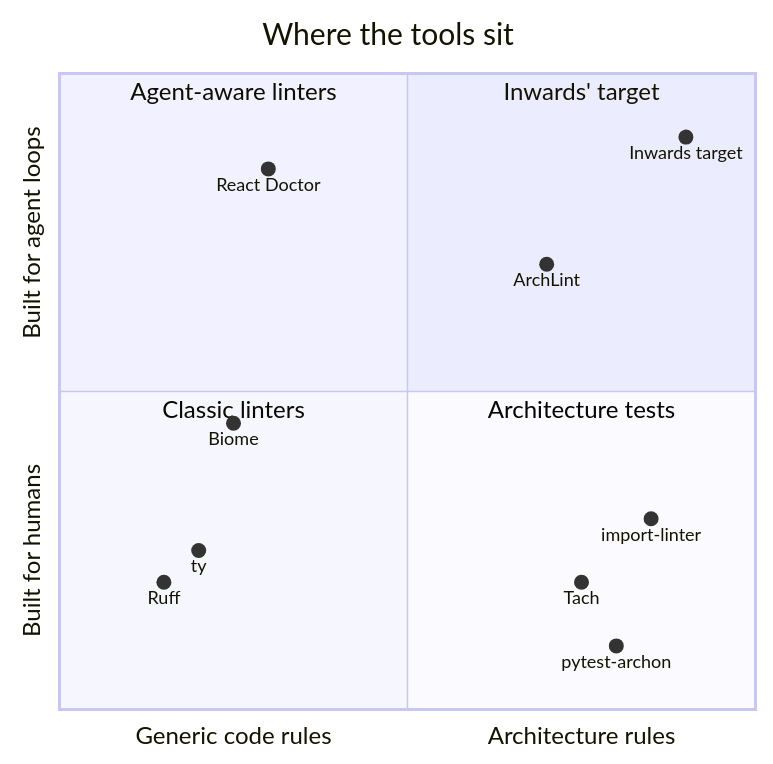
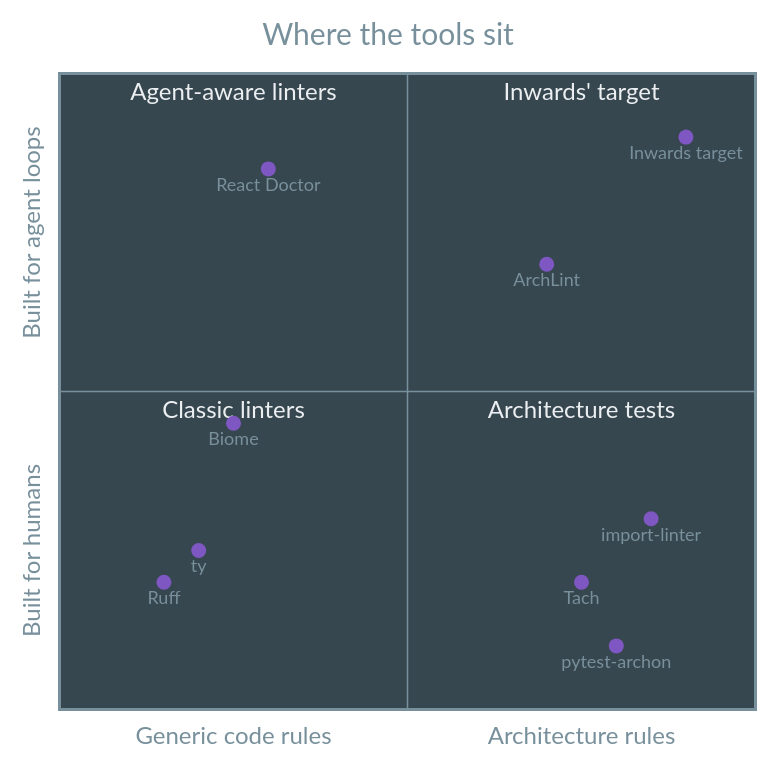
Before and after one commit to SirCypkowskyy/inwards: the first of 2 diagrams in docs/chapters/02-Business-Context.md, drawn with Mermaid. The commit also changed other lines of this file and 7 other files, not shown here.

````diff
--- a/docs/chapters/02-Business-Context.md
+++ b/docs/chapters/02-Business-Context.md
@@ -96,19 +96,39 @@
 ```mermaid
+---
+config:
+  theme: base
+  themeVariables:
+    quadrant1Fill: "#37474f"
+    quadrant2Fill: "#37474f"
+    quadrant3Fill: "#37474f"
+    quadrant4Fill: "#37474f"
+    quadrant1TextFill: "#eceff1"
+    quadrant2TextFill: "#eceff1"
+    quadrant3TextFill: "#eceff1"
+    quadrant4TextFill: "#eceff1"
+    quadrantPointFill: "#7e57c2"
+    quadrantPointTextFill: "#78909c"
+    quadrantXAxisTextFill: "#78909c"
+    quadrantYAxisTextFill: "#78909c"
+    quadrantInternalBorderStrokeFill: "#78909c"
+    quadrantExternalBorderStrokeFill: "#78909c"
+    quadrantTitleFill: "#78909c"
+---
 quadrantChart
     title Where the tools sit
     x-axis "Generic code rules" --> "Architecture rules"
     y-axis "Built for humans" --> "Built for agent loops"
     quadrant-1 "Inwards' target"
     quadrant-2 "Agent-aware linters"
     quadrant-3 "Classic linters"
     quadrant-4 "Architecture tests"
     Ruff: [0.15, 0.2]
     ty: [0.2, 0.25]
     Biome: [0.25, 0.45]
     React Doctor: [0.3, 0.85]
     ArchLint: [0.7, 0.7]
     import-linter: [0.85, 0.3]
     pytest-archon: [0.8, 0.1]
     Tach: [0.75, 0.2]
     Inwards target: [0.9, 0.9]
 ```
````
